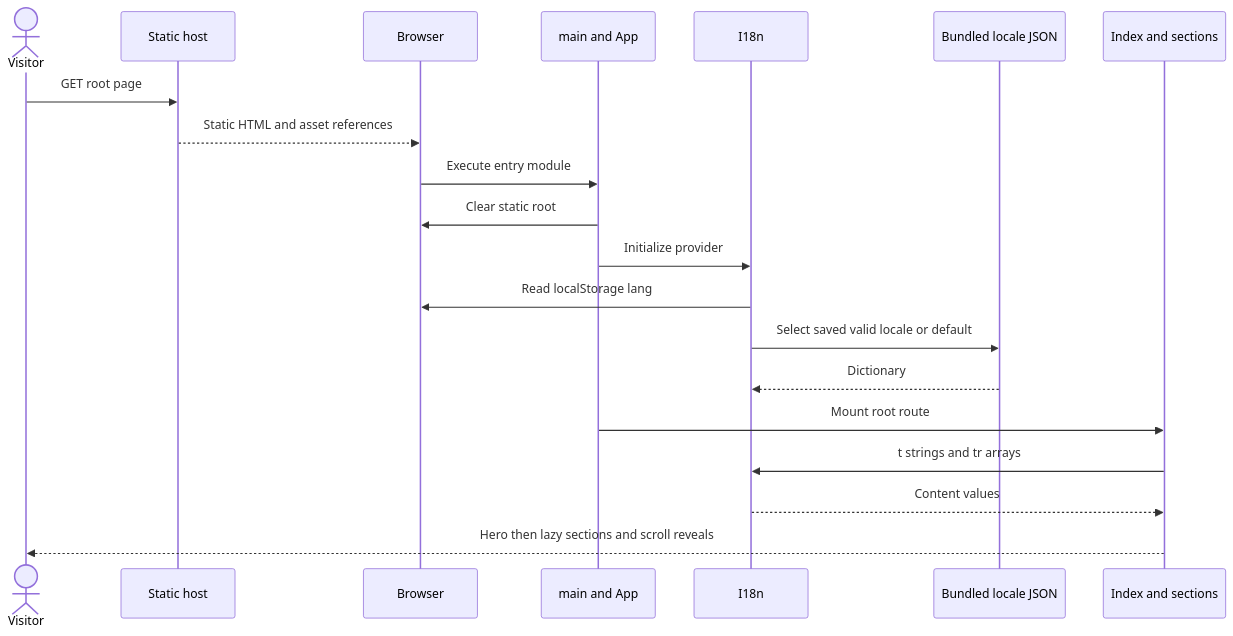
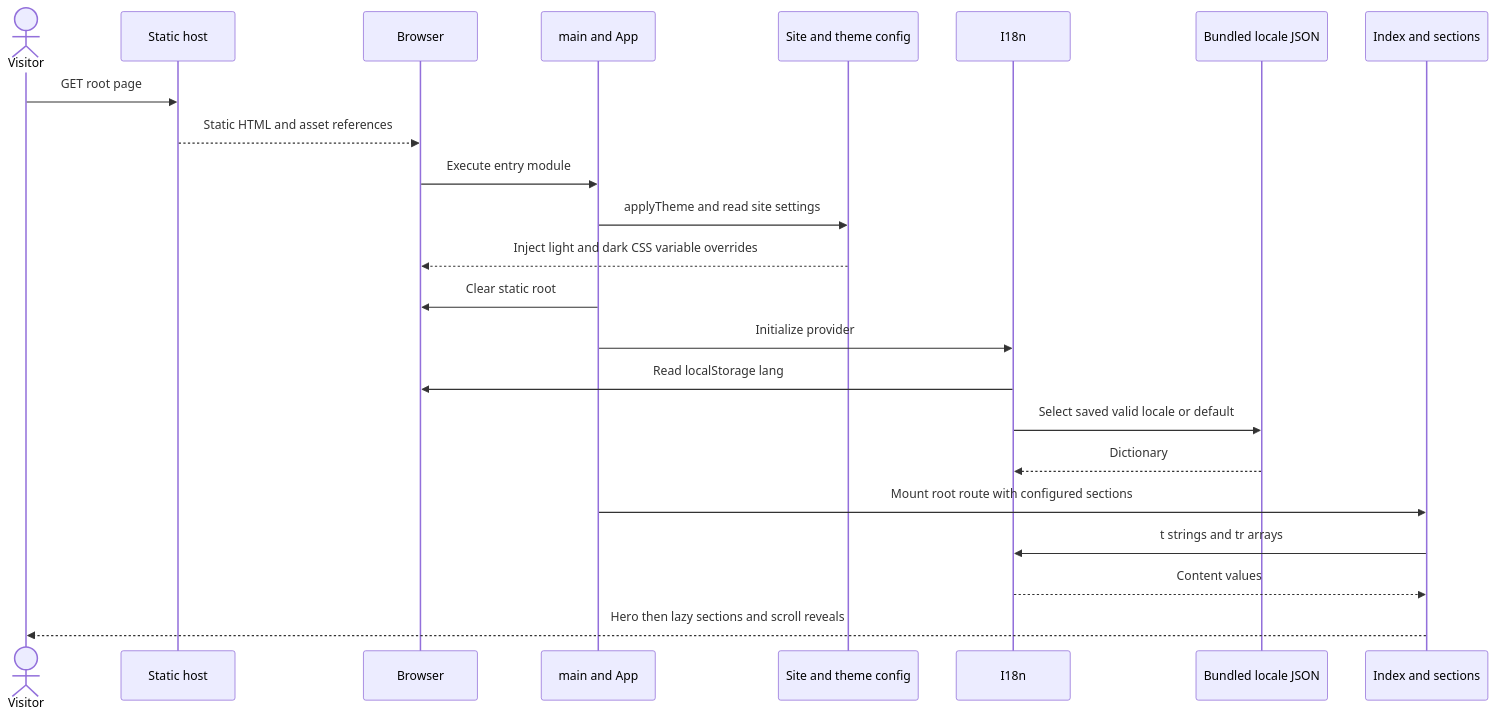
Before and after one commit to ru5iru/rusiru: the third of 7 diagrams in docs/03-architecture.md, drawn with Mermaid. The commit also changed other lines of this file and 12 other files, not shown here.

````diff
--- a/docs/03-architecture.md
+++ b/docs/03-architecture.md
@@ -52,22 +56,25 @@
 ```mermaid
 sequenceDiagram
     actor Visitor
     participant Host as Static host
     participant Browser
     participant React as main and App
+    participant Config as Site and theme config
     participant I18n
     participant Data as Bundled locale JSON
     participant Page as Index and sections
     Visitor->>Host: GET root page
     Host-->>Browser: Static HTML and asset references
     Browser->>React: Execute entry module
+    React->>Config: applyTheme and read site settings
+    Config-->>Browser: Inject light and dark CSS variable overrides
     React->>Browser: Clear static root
     React->>I18n: Initialize provider
     I18n->>Browser: Read localStorage lang
     I18n->>Data: Select saved valid locale or default
     Data-->>I18n: Dictionary
-    React->>Page: Mount root route
+    React->>Page: Mount root route with configured sections
     Page->>I18n: t strings and tr arrays
     I18n-->>Page: Content values
     Page-->>Visitor: Hero then lazy sections and scroll reveals
 ```
````
